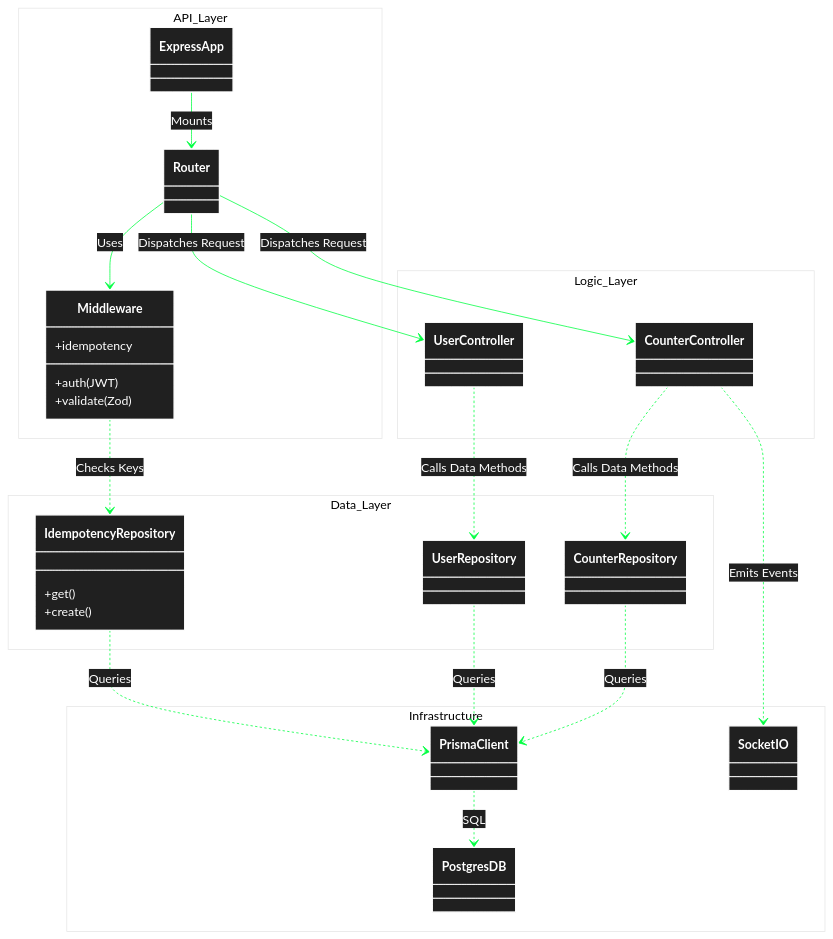
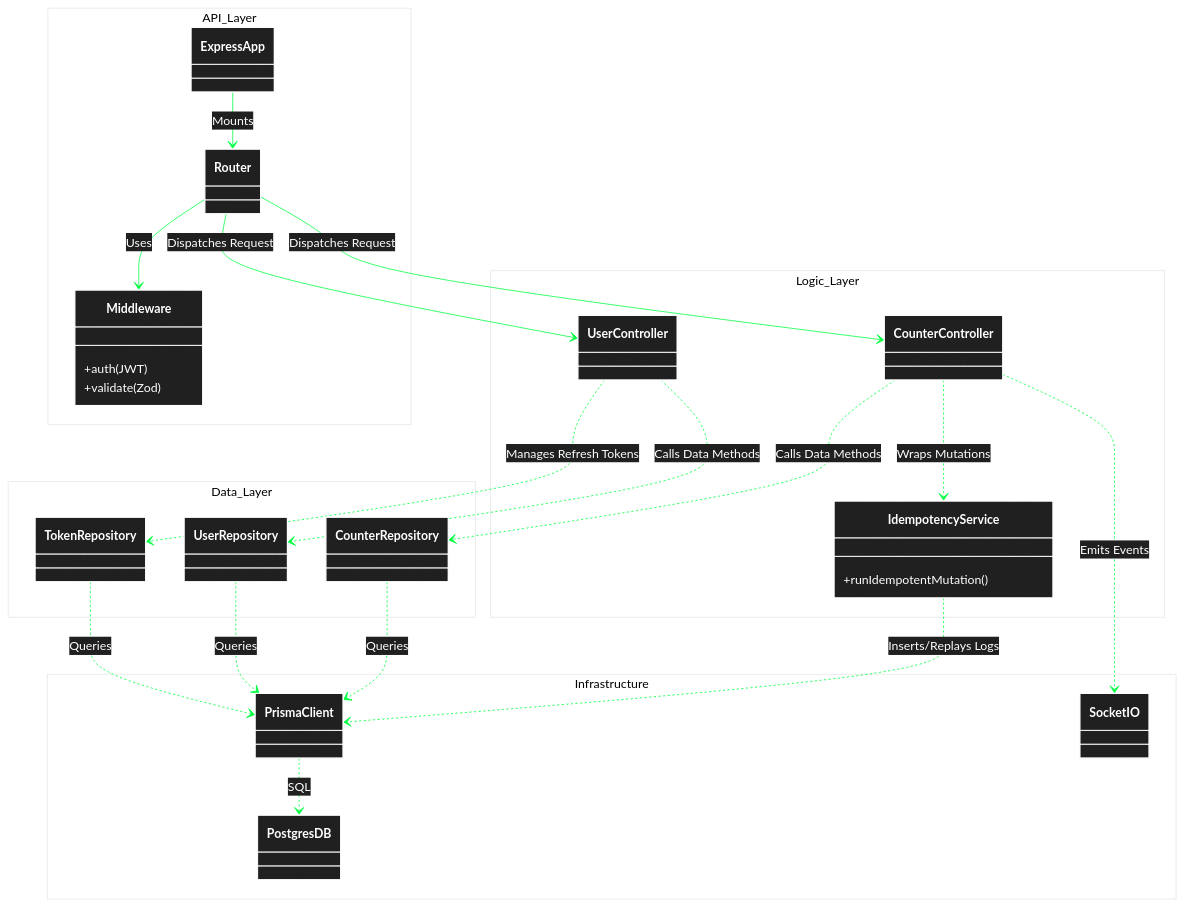
One commit to michaelgreenl/tally-tracker changed the diagram in docs/diagrams/architecture/server-data-flow.md. Above: the diagram before and after it, drawn with Mermaid. The commit also changed 14 other files, not shown here.

Commit message:
docs: diagram & generated prisma alignment

````diff
--- a/docs/diagrams/architecture/server-data-flow.md
+++ b/docs/diagrams/architecture/server-data-flow.md
@@ -3,72 +3,71 @@
 ```mermaid
 %%{
   init: {
     'theme': 'base',
     'themeVariables': {
       'primaryColor': '#202020',
       'primaryTextColor': '#fff',
       'primaryBorderColor': '#ffffff',
       'lineColor': '#00ff41',
       'secondaryColor': '#006100',
       'tertiaryColor': '#fff',
       'noteBkgColor': '#333',
       'noteTextColor': '#fff',
       'noteBorderColor': '#fff'
     }
   }
 }%%
 
 
 classDiagram
     direction TB
 
     namespace API_Layer {
         class ExpressApp
         class Router
         class Middleware {
             +auth (JWT)
             +validate (Zod)
-            +idempotency
         }
     }
 
     namespace Logic_Layer {
         class CounterController
         class UserController
+        class IdempotencyService {
+            +runIdempotentMutation()
+        }
     }
 
     namespace Data_Layer {
         class CounterRepository
         class UserRepository
-        class IdempotencyRepository {
-            +get()
-            +create()
-        }
+        class TokenRepository
     }
 
     namespace Infrastructure {
         class PrismaClient
         class SocketIO
         class PostgresDB
     }
 
     %% Flow
     ExpressApp --> Router : Mounts
     Router --> Middleware : Uses
     Router --> CounterController : Dispatches Request
     Router --> UserController : Dispatches Request
 
-    %% The Update: Middleware calls Repository
-    Middleware ..> IdempotencyRepository : Checks Keys
-
+    CounterController ..> IdempotencyService : Wraps Mutations
     CounterController ..> CounterRepository : Calls Data Methods
     UserController ..> UserRepository : Calls Data Methods
+    UserController ..> TokenRepository : Manages Refresh Tokens
 
     CounterController ..> SocketIO : Emits Events
 
+    IdempotencyService ..> PrismaClient : Inserts/Replays Logs
     CounterRepository ..> PrismaClient : Queries
     UserRepository ..> PrismaClient : Queries
-    IdempotencyRepository ..> PrismaClient : Queries
+    TokenRepository ..> PrismaClient : Queries
 
     PrismaClient ..> PostgresDB : SQL
 ```
````
